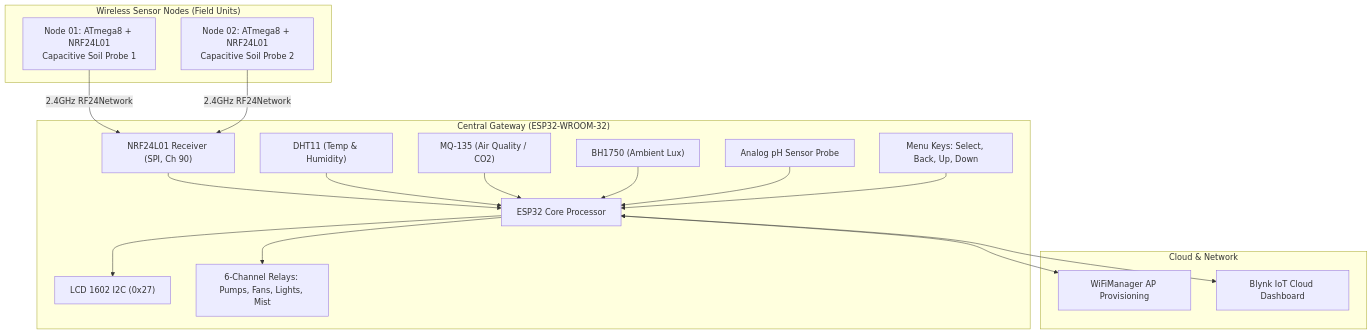
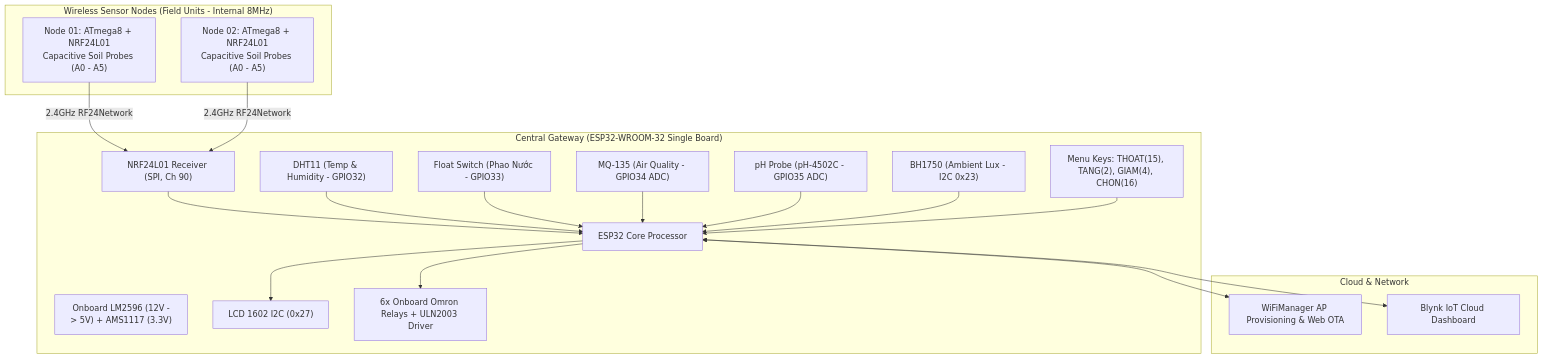
Before and after one commit to vthinh-la/smart-agriculture-iot-system: the diagram in README.md, drawn with Mermaid. The commit also changed other lines of this file and 22 other files, not shown here.

Commit message:
fix(hardware,docs): integrate official SO_DO_MACH schematics and correct BOM/wiring inaccuracies

````diff
--- a/README.md
+++ b/README.md
@@ -34,39 +36,42 @@
 ```mermaid
 graph TD
-    subgraph Nodes ["Wireless Sensor Nodes (Field Units)"]
-        N1["Node 01: ATmega8 + NRF24L01<br/>Capacitive Soil Probe 1"]
-        N2["Node 02: ATmega8 + NRF24L01<br/>Capacitive Soil Probe 2"]
+    subgraph Nodes ["Wireless Sensor Nodes (Field Units - Internal 8MHz)"]
+        N1["Node 01: ATmega8 + NRF24L01<br/>Capacitive Soil Probes (A0 - A5)"]
+        N2["Node 02: ATmega8 + NRF24L01<br/>Capacitive Soil Probes (A0 - A5)"]
     end
 
-    subgraph Gateway ["Central Gateway (ESP32-WROOM-32)"]
+    subgraph Gateway ["Central Gateway (ESP32-WROOM-32 Single Board)"]
         NRF["NRF24L01 Receiver (SPI, Ch 90)"]
         MCU["ESP32 Core Processor"]
+        PWR["Onboard LM2596 (12V -> 5V) + AMS1117 (3.3V)"]
         
-        S1["DHT11 (Temp & Humidity)"]
-        S2["MQ-135 (Air Quality / CO2)"]
-        S3["BH1750 (Ambient Lux)"]
-        S4["Analog pH Sensor Probe"]
+        S1["DHT11 (Temp & Humidity - GPIO32)"]
+        S2["Float Switch (Phao Nước - GPIO33)"]
+        S3["MQ-135 (Air Quality - GPIO34 ADC)"]
+        S4["pH Probe (pH-4502C - GPIO35 ADC)"]
+        S5["BH1750 (Ambient Lux - I2C 0x23)"]
         
         LCD["LCD 1602 I2C (0x27)"]
-        KEYS["Menu Keys: Select, Back, Up, Down"]
-        RELAYS["6-Channel Relays: Pumps, Fans, Lights, Mist"]
+        KEYS["Menu Keys: THOAT(15), TANG(2), GIAM(4), CHON(16)"]
+        RELAYS["6x Onboard Omron Relays + ULN2003 Driver"]
     end
 
     subgraph Connectivity ["Cloud & Network"]
-        WIFI["WiFiManager AP Provisioning"]
+        WIFI["WiFiManager AP Provisioning & Web OTA"]
         BLYNK["Blynk IoT Cloud Dashboard"]
     end
 
     N1 -->|2.4GHz RF24Network| NRF
     N2 -->|2.4GHz RF24Network| NRF
     NRF --> MCU
     S1 --> MCU
     S2 --> MCU
     S3 --> MCU
     S4 --> MCU
+    S5 --> MCU
     MCU --> LCD
     KEYS --> MCU
     MCU --> RELAYS
     MCU <--> WIFI
     MCU <--> BLYNK
 ```
````
